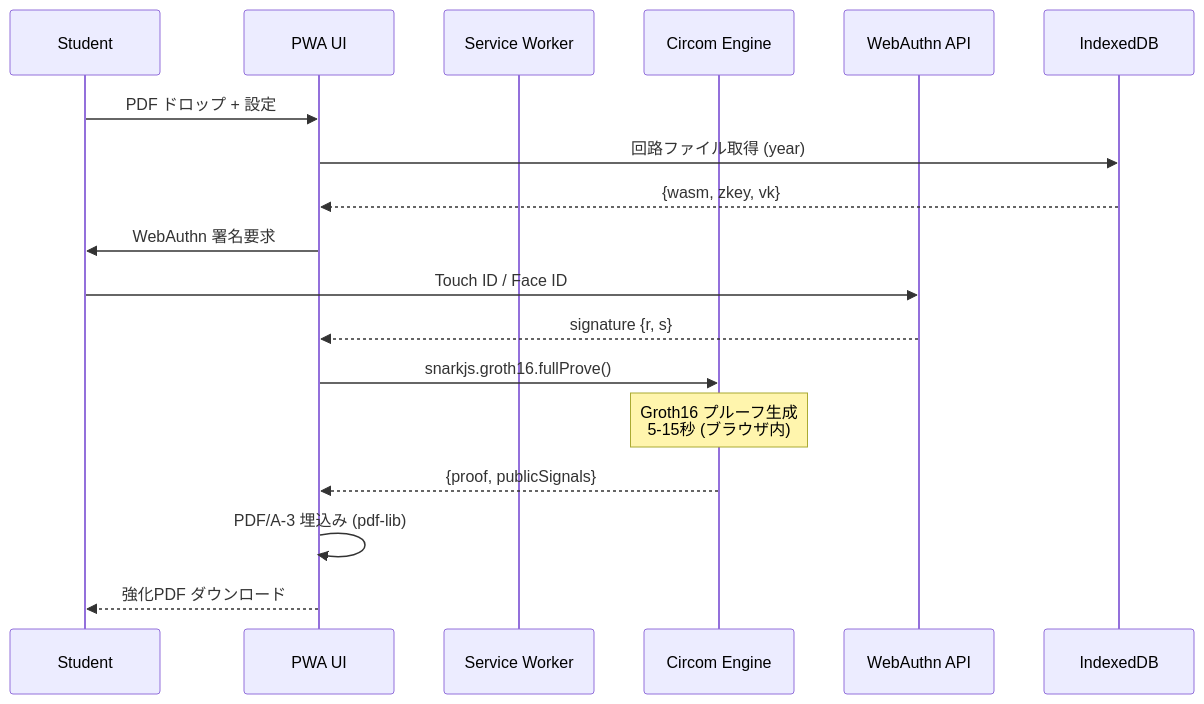
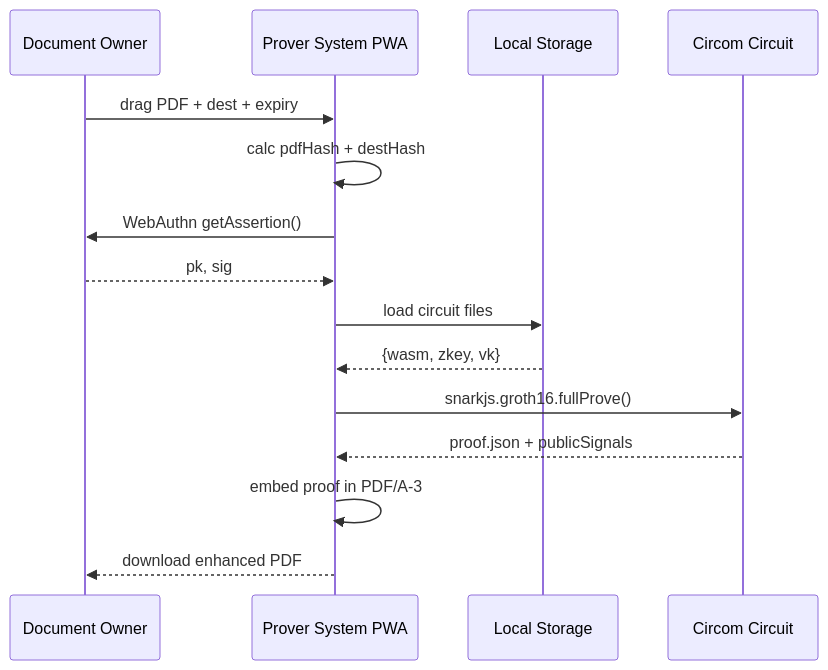
One commit to Blank-Vulture/Tri-CertFramework changed the third of 3 diagrams in documents/ScholarProver/FSD_ScholarProver.md. Above: the diagram before and after it, drawn with Mermaid. The commit also changed other lines of this file and 5 other files, not shown here.

````diff
--- a/documents/ScholarProver/FSD_ScholarProver.md
+++ b/documents/ScholarProver/FSD_ScholarProver.md
@@ -88,21 +152,18 @@
 ```mermaid
 sequenceDiagram
-    participant Student
-    participant UI as PWA UI
-    participant SW as Service Worker
-    participant Circom as Circom Engine
-    participant WA as WebAuthn API
-    participant IDB as IndexedDB
+    participant Owner as Document Owner
+    participant PWA as Prover System PWA
+    participant LS as Local Storage
+    participant Circuit as Circom Circuit
 
-    Student->>UI: PDF ドロップ + 設定
-    UI->>IDB: 回路ファイル取得 (year)
-    IDB-->>UI: {wasm, zkey, vk}
-    UI->>Student: WebAuthn 署名要求
-    Student->>WA: Touch ID / Face ID
-    WA-->>UI: signature {r, s}
-    UI->>Circom: snarkjs.groth16.fullProve()
-    Note over Circom: Groth16 プルーフ生成<br/>5-15秒 (ブラウザ内)
-    Circom-->>UI: {proof, publicSignals}
-    UI->>UI: PDF/A-3 埋込み (pdf-lib)
-    UI-->>Student: 強化PDF ダウンロード
+    Owner->>PWA: drag PDF + dest + expiry
+    PWA->>PWA: calc pdfHash + destHash
+    PWA->>Owner: WebAuthn getAssertion()
+    Owner-->>PWA: pk, sig
+    PWA->>LS: load circuit files
+    LS-->>PWA: {wasm, zkey, vk}
+    PWA->>Circuit: snarkjs.groth16.fullProve()
+    Circuit-->>PWA: proof.json + publicSignals
+    PWA->>PWA: embed proof in PDF/A-3
+    PWA-->>Owner: download enhanced PDF
 ```
````
